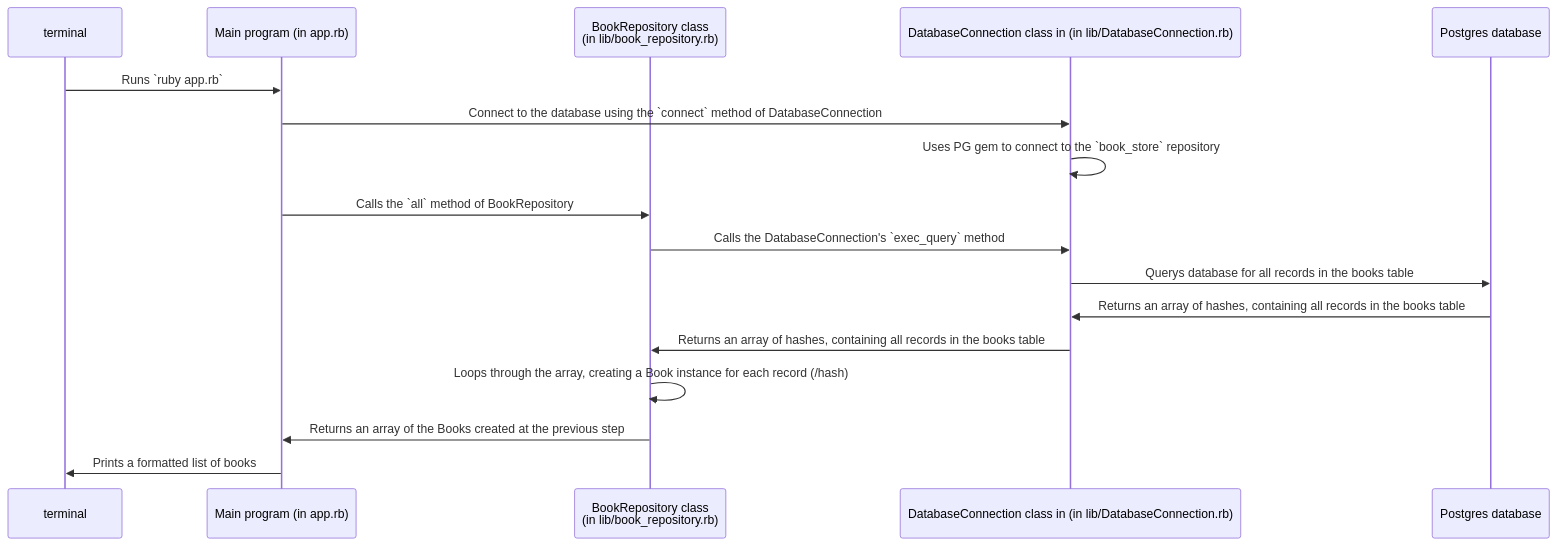
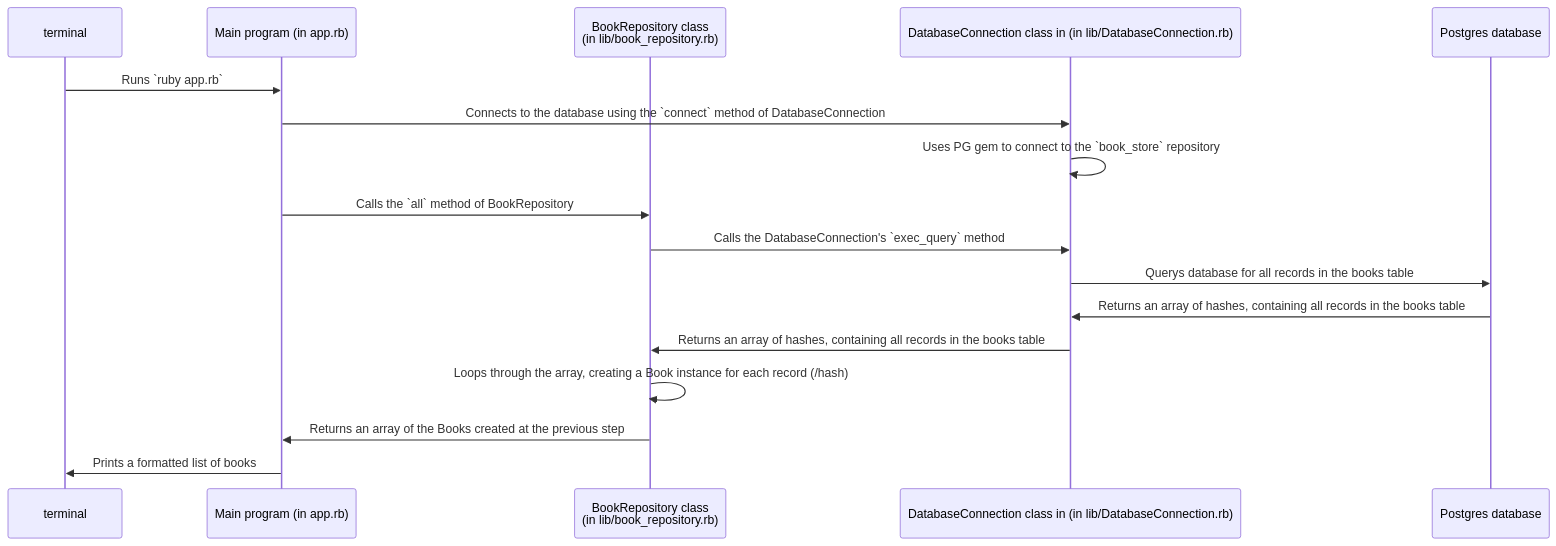
One commit to ThomasSel/databases changed the diagram in challenges/book_store/diagram.md. Above: the diagram before and after it, drawn with Mermaid.

Commit message:
Adds App diagram for book_store (from challenge 03)

````diff
--- a/challenges/book_store/diagram.md
+++ b/challenges/book_store/diagram.md
@@ -1,22 +1,23 @@
 ```mermaid
 sequenceDiagram
     participant t as terminal
     participant app as Main program (in app.rb)
     participant br as BookRepository class <br /> (in lib/book_repository.rb)
     participant db_conn as DatabaseConnection class in (in lib/DatabaseConnection.rb)
     participant db as Postgres database
 
     t->>app: Runs `ruby app.rb`
-    app->>db_conn: Connect to the database using the `connect` method of DatabaseConnection
+
+    app->>db_conn: Connects to the database using the `connect` method of DatabaseConnection
     db_conn->>db_conn: Uses PG gem to connect to the `book_store` repository
 
     app->>br: Calls the `all` method of BookRepository
     br->>db_conn: Calls the DatabaseConnection's `exec_query` method
     db_conn->>db: Querys database for all records in the books table
     db->>db_conn: Returns an array of hashes, containing all records in the books table
     db_conn->>br: Returns an array of hashes, containing all records in the books table
     br->>br: Loops through the array, creating a Book instance for each record (/hash)
     br->>app: Returns an array of the Books created at the previous step
-    
+
     app->>t: Prints a formatted list of books
 ```
````
